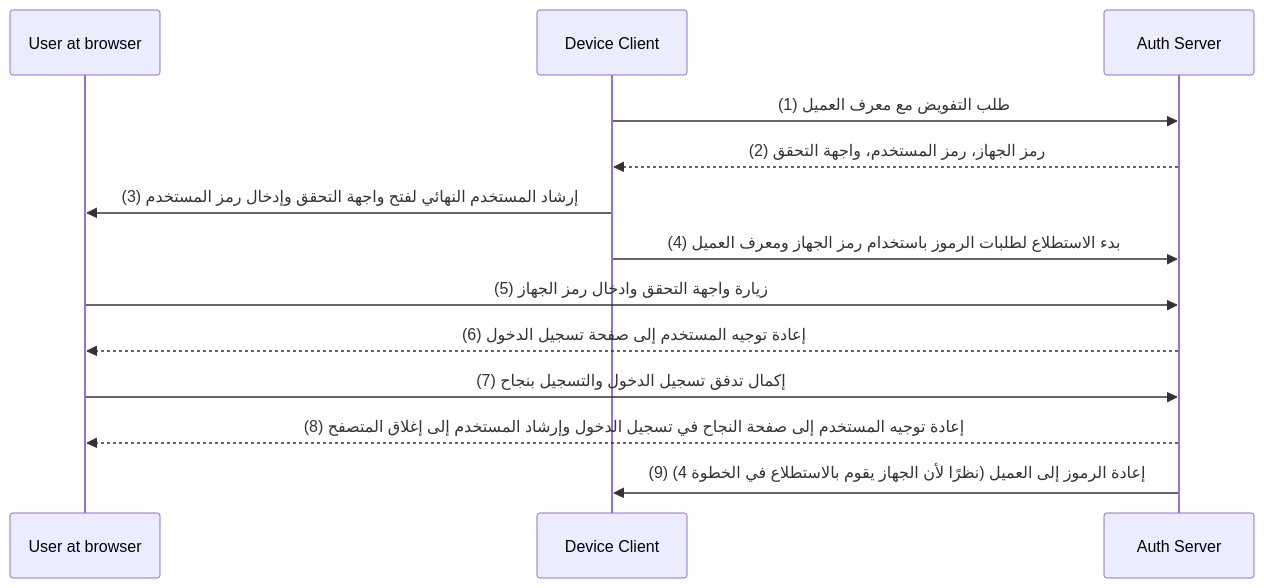
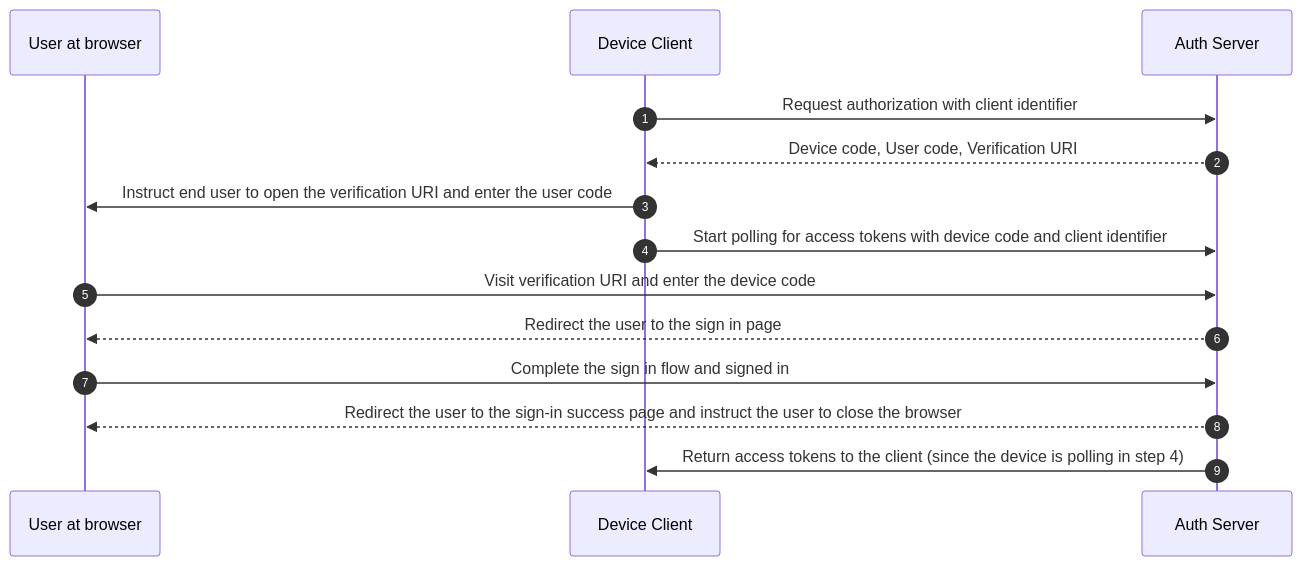
Before and after one commit to logto-io/auth-wiki: the diagram in src/content/terms/ar/device-flow.mdx, drawn with Mermaid. The commit also changed other lines of this file and 98 other files, not shown here.

````diff
--- a/src/content/terms/ar/device-flow.mdx
+++ b/src/content/terms/ar/device-flow.mdx
@@ -88,16 +90,17 @@
 ```mermaid
 sequenceDiagram
+	autonumber
 	participant User at browser
 	participant Device Client
 	participant Auth Server
 
-	Device Client ->> Auth Server: (1) طلب التفويض مع معرف العميل
-	Auth Server -->> Device Client: (2) رمز الجهاز، رمز المستخدم، واجهة التحقق
-	Device Client ->> User at browser: (3) إرشاد المستخدم النهائي لفتح واجهة التحقق وإدخال رمز المستخدم
-	Device Client ->> Auth Server: (4) بدء الاستطلاع لطلبات الرموز باستخدام رمز الجهاز ومعرف العميل
-	User at browser ->> Auth Server: (5) زيارة واجهة التحقق وادخال رمز الجهاز
-	Auth Server -->> User at browser: (6) إعادة توجيه المستخدم إلى صفحة تسجيل الدخول
-	User at browser ->> Auth Server: (7) إكمال تدفق تسجيل الدخول والتسجيل بنجاح
-	Auth Server -->> User at browser: (8) إعادة توجيه المستخدم إلى صفحة النجاح في تسجيل الدخول وإرشاد المستخدم إلى إغلاق المتصفح
-	Auth Server ->> Device Client: (9) إعادة الرموز إلى العميل (نظرًا لأن الجهاز يقوم بالاستطلاع في الخطوة 4)
+	Device Client ->> Auth Server: Request authorization with client identifier
+	Auth Server -->> Device Client: Device code, User code, Verification URI
+	Device Client ->> User at browser: Instruct end user to open the verification URI and enter the user code
+	Device Client ->> Auth Server: Start polling for access tokens with device code and client identifier
+	User at browser ->> Auth Server: Visit verification URI and enter the device code
+	Auth Server -->> User at browser: Redirect the user to the sign in page
+	User at browser ->> Auth Server: Complete the sign in flow and signed in
+	Auth Server -->> User at browser: Redirect the user to the sign-in success page and instruct the user to close the browser
+	Auth Server ->> Device Client: Return access tokens to the client (since the device is polling in step 4)
 ```
````
